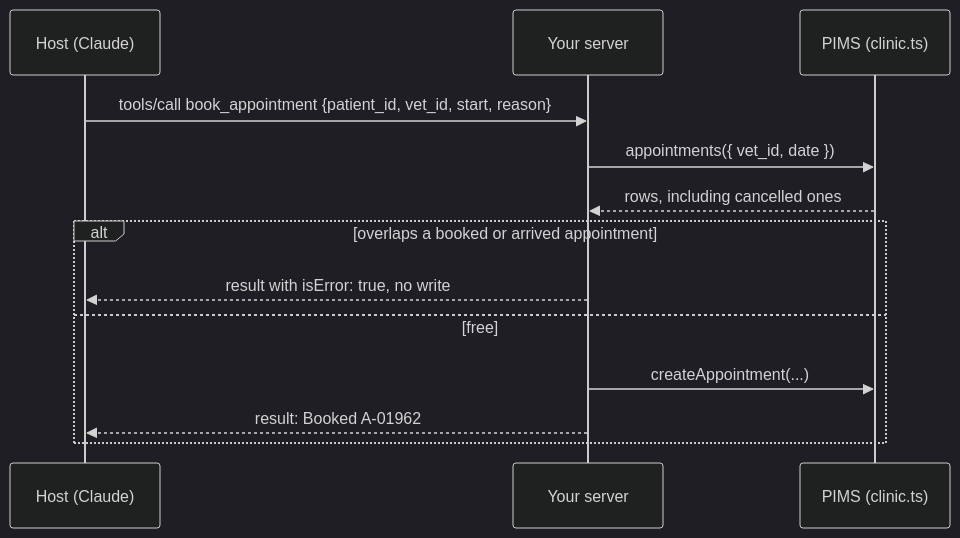
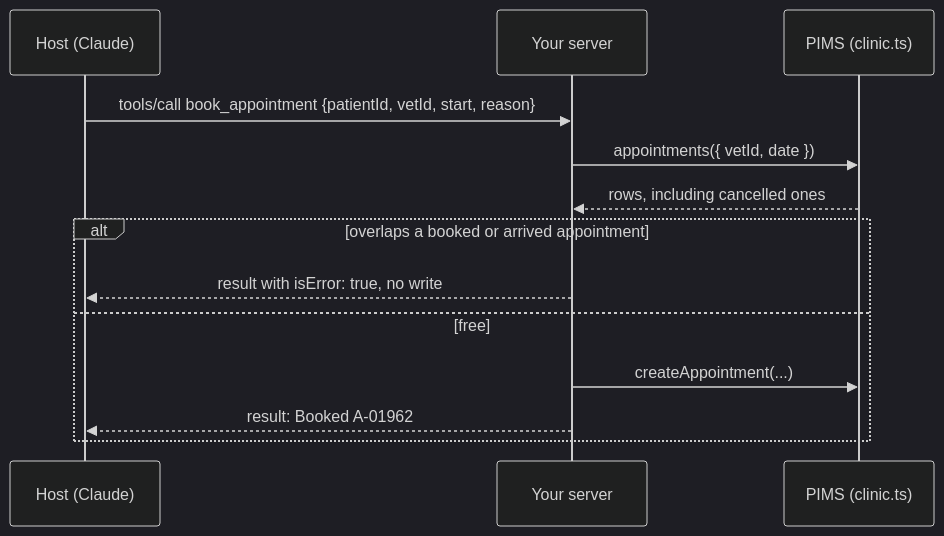
Before and after one commit to learnwithparam/mcp-workshop: the diagram in parts/01-give-the-diary/02-book-an-appointment/problem/README.md, drawn with Mermaid (dark theme). The commit also changed other lines of this file and 69 other files, not shown here.

````diff
--- a/parts/01-give-the-diary/02-book-an-appointment/problem/README.md
+++ b/parts/01-give-the-diary/02-book-an-appointment/problem/README.md
@@ -12,15 +13,15 @@
 ```mermaid
 sequenceDiagram
   participant H as Host (Claude)
   participant S as Your server
   participant P as PIMS (clinic.ts)
-  H->>S: tools/call book_appointment {patient_id, vet_id, start, reason}
-  S->>P: appointments({ vet_id, date })
+  H->>S: tools/call book_appointment {patientId, vetId, start, reason}
+  S->>P: appointments({ vetId, date })
   P-->>S: rows, including cancelled ones
   alt overlaps a booked or arrived appointment
     S-->>H: result with isError: true, no write
   else free
     S->>P: createAppointment(...)
     S-->>H: result: Booked A-01962
   end
 ```
````
